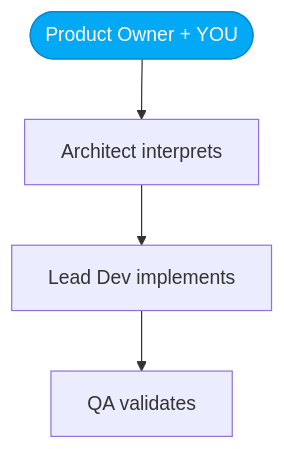
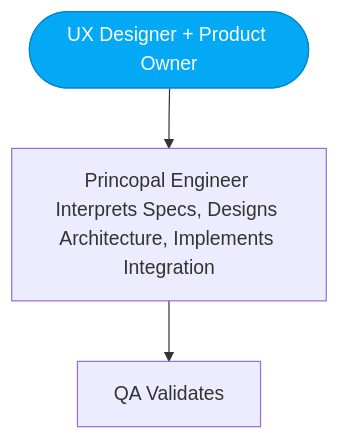
The first of 2 diagrams in vulcan-brownout-team/ux-designer/SKILL.md (declanshanaghy/vulcan-brownout), drawn with Mermaid before and after one commit. The commit also changed other lines of this file and 17 other files, not shown here.

````diff
--- a/vulcan-brownout-team/ux-designer/SKILL.md
+++ b/vulcan-brownout-team/ux-designer/SKILL.md
@@ -57,10 +57,10 @@
 ```mermaid
 graph TD
     classDef primary fill:#03A9F4,stroke:#0288D1,color:#FFF
 
-    po_ux([Product Owner + YOU]) --> architect[Architect interprets]
-    architect --> leaddev[Lead Dev implements]
-    leaddev --> qa[QA validates]
+    po_ux([UX Designer + Product Owner]) --> 
+    princopal-engineer[Princopal Engineer Interprets Specs, Designs Architecture, Implements Integration] -->
+    qa-tester[QA Validates]
 
     class po_ux primary
 ```
````
